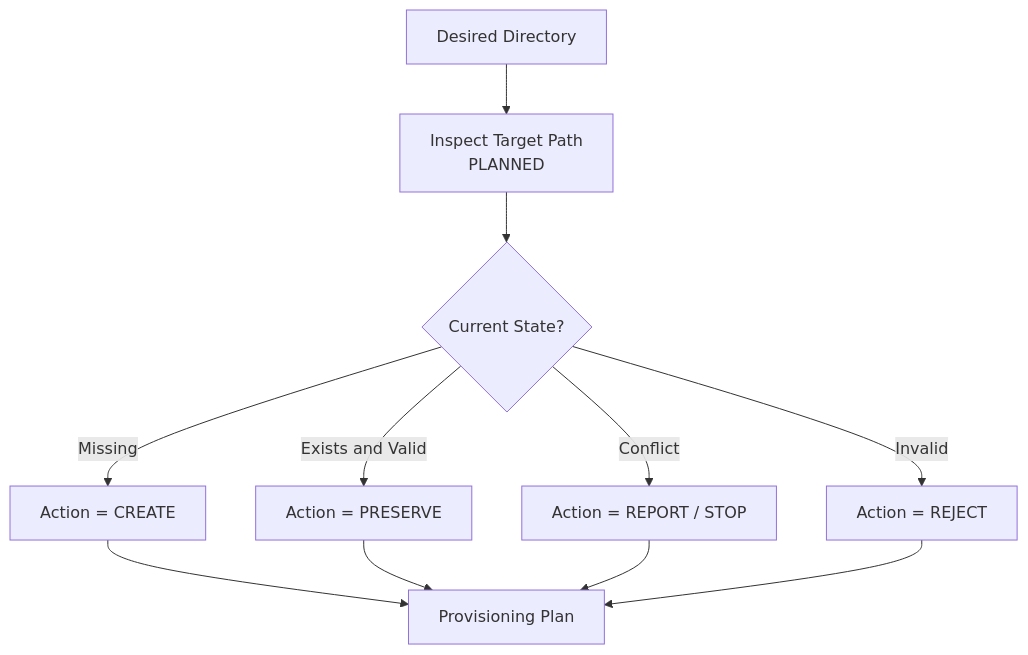
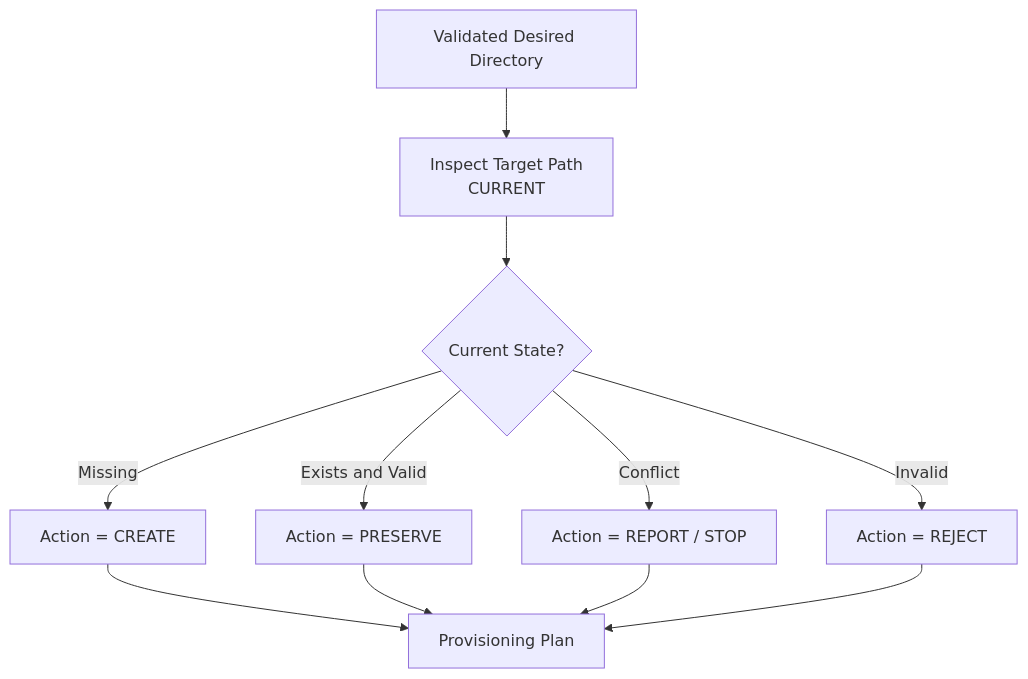
Before and after one commit to ChrisLThompson/CareerOS.Bootstrap: the fourth of 7 diagrams in Documentation/Diagrams/BOOTSTRAP_PROCESS_FLOW.md, drawn with Mermaid. The commit also changed other lines of this file and 15 other files, not shown here.

````diff
--- a/Documentation/Diagrams/BOOTSTRAP_PROCESS_FLOW.md
+++ b/Documentation/Diagrams/BOOTSTRAP_PROCESS_FLOW.md
@@ -222,15 +231,15 @@
 ```mermaid
 flowchart TD
-    A["Desired Directory"] --> B["Inspect Target Path<br/>PLANNED"]
+    A["Validated Desired Directory"] --> B["Inspect Target Path<br/>CURRENT"]
     B --> C{"Current State?"}
 
     C -->|"Missing"| D["Action = CREATE"]
     C -->|"Exists and Valid"| E["Action = PRESERVE"]
     C -->|"Conflict"| F["Action = REPORT / STOP"]
     C -->|"Invalid"| G["Action = REJECT"]
 
     D --> H["Provisioning Plan"]
     E --> H
     F --> H
     G --> H
 ```
````
